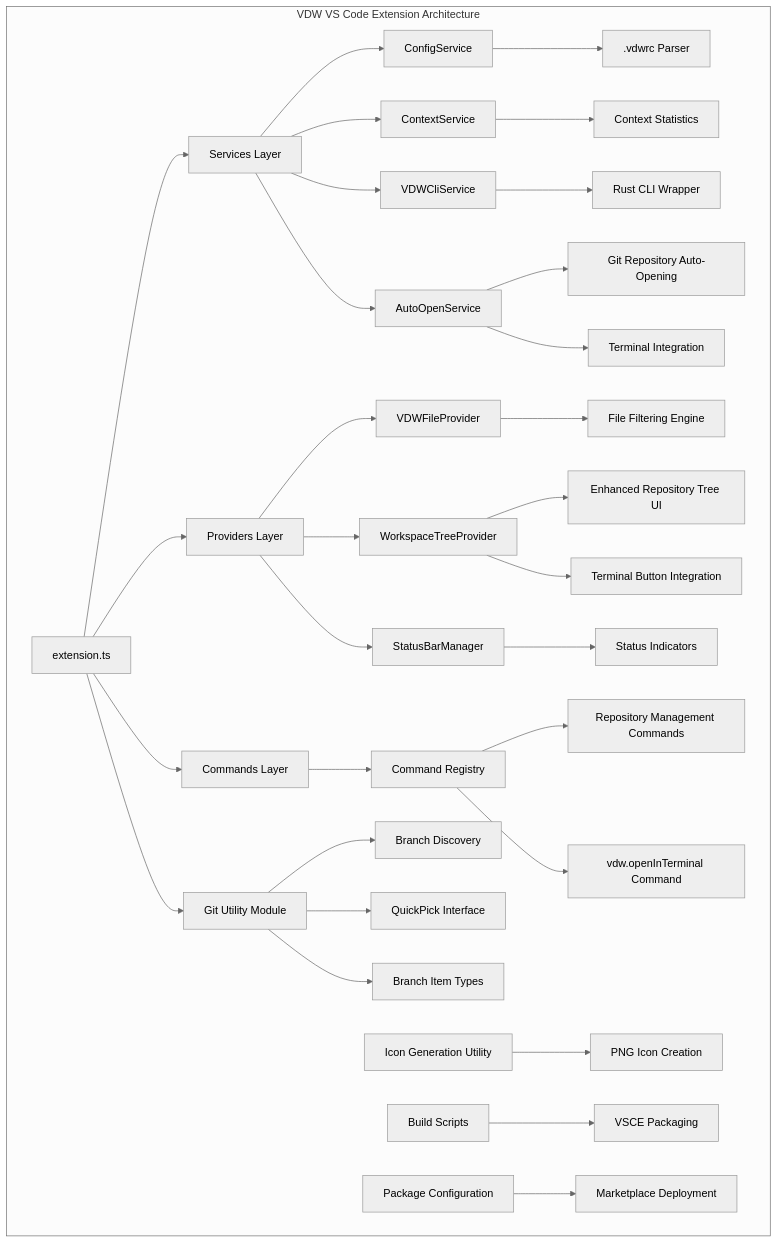
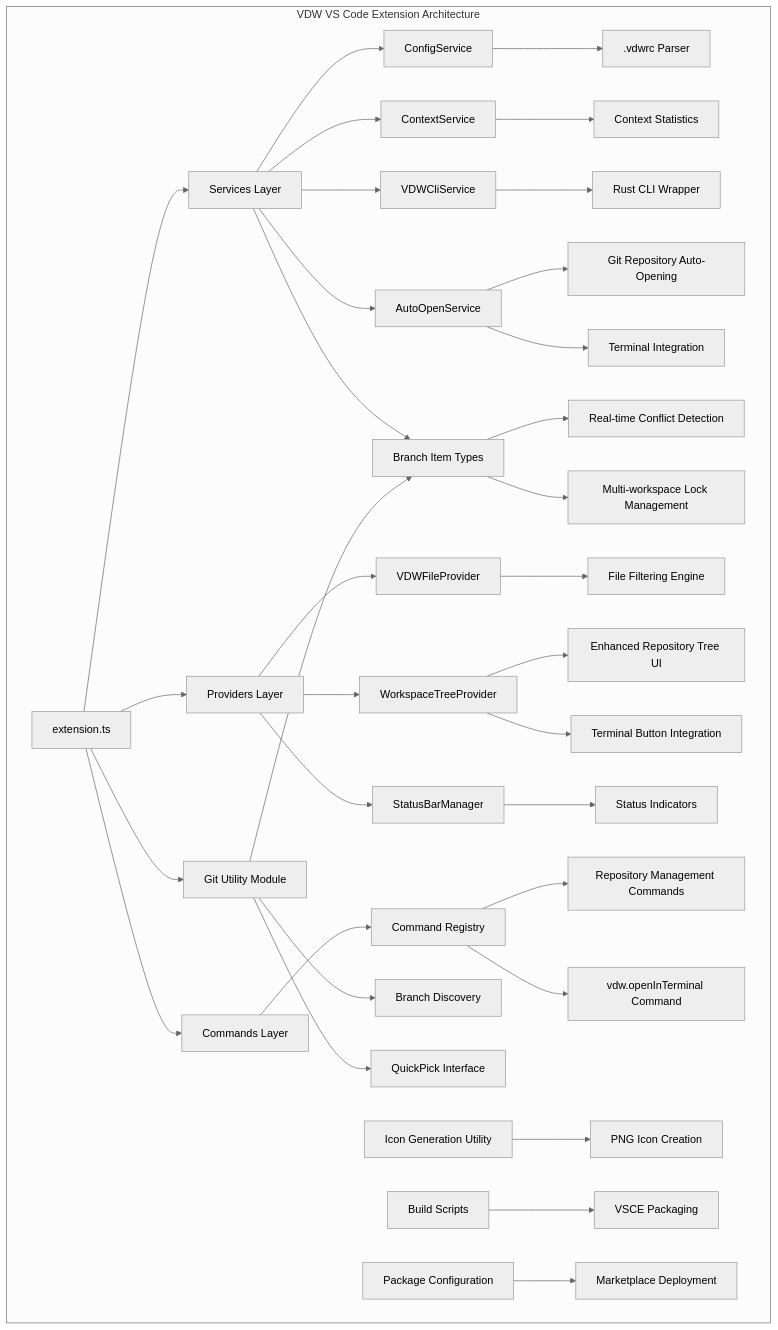
Before and after one commit to HWH-2019/vdw: the first of 6 diagrams in .qoder/repowiki/en/content/Core Features Documentation/VS Code Plugin Bridge & IDE Integration.md, drawn with Mermaid (neutral theme). The commit also changed other lines of this file and 6 other files, not shown here.

````diff
--- a/.qoder/repowiki/en/content/Core Features Documentation/VS Code Plugin Bridge & IDE Integration.md
+++ b/.qoder/repowiki/en/content/Core Features Documentation/VS Code Plugin Bridge & IDE Integration.md
@@ -68,34 +71,37 @@
 ```mermaid
 graph TB
 subgraph "VDW VS Code Extension Architecture"
 A[extension.ts] --> B[Services Layer]
 A --> C[Providers Layer]
 A --> D[Commands Layer]
 A --> EE[Git Utility Module]
 B --> E[ConfigService]
 B --> F[ContextService]
 B --> G[VDWCliService]
 B --> H[AutoOpenService]
+B --> HH[EditableLockService]
 C --> I[VDWFileProvider]
 C --> J[WorkspaceTreeProvider]
 C --> K[StatusBarManager]
 D --> L[Command Registry]
 EE --> FF[Branch Discovery]
 EE --> GG[QuickPick Interface]
 EE --> HH[Branch Item Types]
 E --> M[.vdwrc Parser]
 F --> N[Context Statistics]
 G --> O[Rust CLI Wrapper]
 H --> P[Git Repository Auto-Opening]
 H --> Q[Terminal Integration]
+HH --> RR[Real-time Conflict Detection]
+HH --> SS[Multi-workspace Lock Management]
 I --> R[File Filtering Engine]
 J --> S[Enhanced Repository Tree UI]
 J --> T[Terminal Button Integration]
 K --> U[Status Indicators]
 L --> V[Repository Management Commands]
 L --> W[vdw.openInTerminal Command]
 X[Icon Generation Utility] --> Y[PNG Icon Creation]
 Z[Build Scripts] --> AA[VSCE Packaging]
 AB[Package Configuration] --> AC[Marketplace Deployment]
 end
 ```
````
